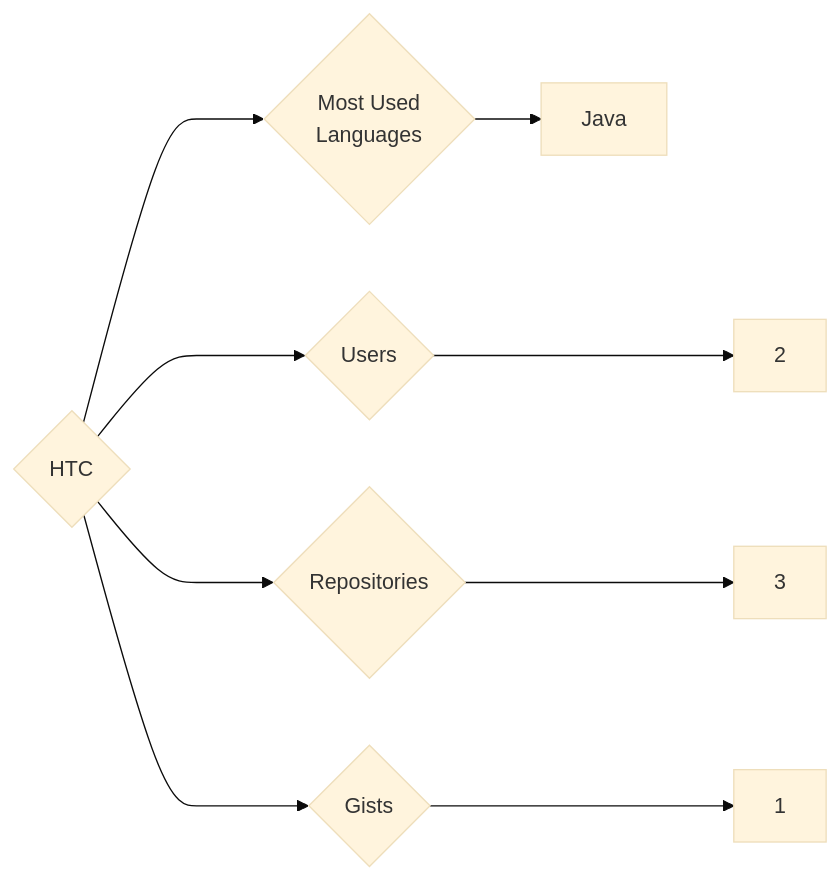
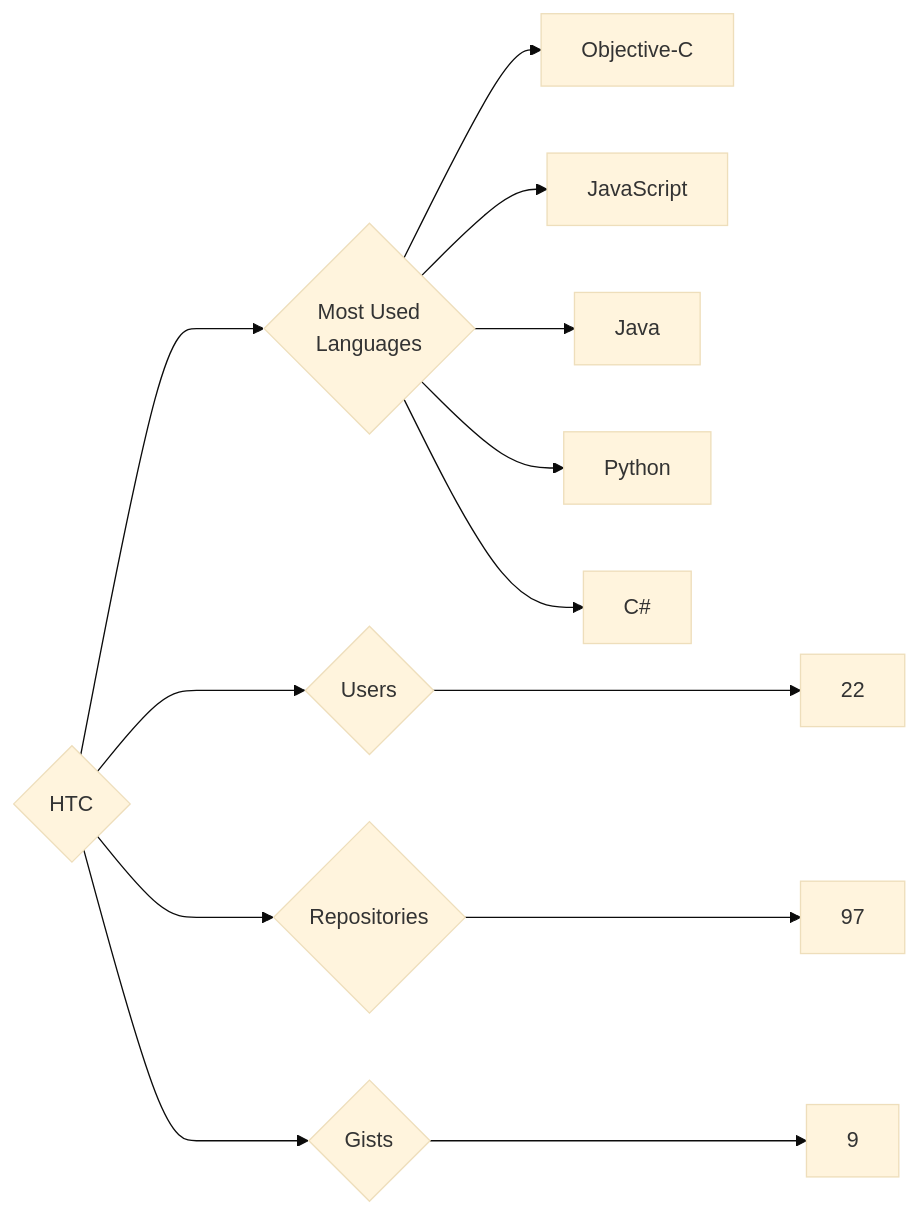
Before and after one commit to trickest/insiders: the diagram in targets/HTC/README.md, drawn with Mermaid (base theme). The commit also changed 845 other files, not shown here.

````diff
--- a/targets/HTC/README.md
+++ b/targets/HTC/README.md
@@ -3,9 +3,13 @@
 ```mermaid
 graph LR
 COMPANY_NAME{HTC}
-COMPANY_NAME ---> U{Users} ---> UN[2]
-COMPANY_NAME ---> R{Repositories} ---> RN[3]
-COMPANY_NAME ---> G{Gists} ---> GN[1]
+COMPANY_NAME ---> U{Users} ---> UN[22]
+COMPANY_NAME ---> R{Repositories} ---> RN[97]
+COMPANY_NAME ---> G{Gists} ---> GN[9]
 COMPANY_NAME ---> ML{Most Used<br>Languages}
+ML --> Objective-C[Objective-C]
+ML --> JavaScript[JavaScript]
 ML --> Java[Java]
+ML --> Python[Python]
+ML --> C#[C#]
 ```
````
